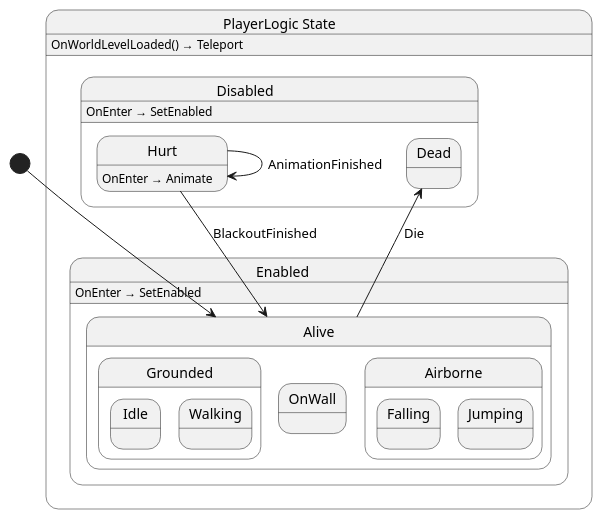
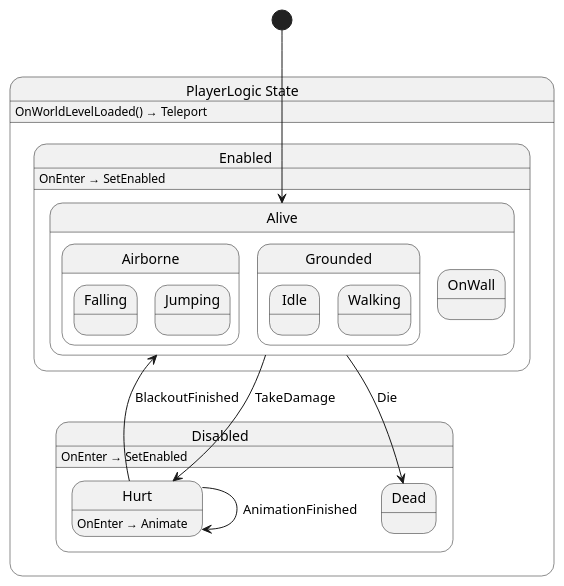
The diagram in Yolk.Logic/Player/PlayerLogic.g.puml (nilsiker/yolk), drawn with PlantUML before and after one commit. The commit also changed 11 other files, not shown here.

Commit message:
wip: pre-player logic refactor

```diff
--- a/Yolk.Logic/Player/PlayerLogic.g.puml
+++ b/Yolk.Logic/Player/PlayerLogic.g.puml
@@ -1,32 +1,33 @@
 @startuml PlayerLogic
 state "PlayerLogic State" as Yolk_Logic_Player_PlayerLogic_State {
   state "Disabled" as Yolk_Logic_Player_PlayerLogic_State_Disabled {
     state "Dead" as Yolk_Logic_Player_PlayerLogic_State_Disabled_Dead
     state "Hurt" as Yolk_Logic_Player_PlayerLogic_State_Disabled_Hurt
   }
   state "Enabled" as Yolk_Logic_Player_PlayerLogic_State_Enabled {
     state "Alive" as Yolk_Logic_Player_PlayerLogic_State_Enabled_Alive {
+      state "Airborne" as Yolk_Logic_Player_PlayerLogic_State_Enabled_Alive_Airborne {
+        state "Falling" as Yolk_Logic_Player_PlayerLogic_State_Enabled_Alive_Airborne_Falling
+        state "Jumping" as Yolk_Logic_Player_PlayerLogic_State_Enabled_Alive_Airborne_Jumping
+      }
       state "Grounded" as Yolk_Logic_Player_PlayerLogic_State_Enabled_Alive_Grounded {
         state "Idle" as Yolk_Logic_Player_PlayerLogic_State_Enabled_Alive_Grounded_Idle
         state "Walking" as Yolk_Logic_Player_PlayerLogic_State_Enabled_Alive_Grounded_Walking
       }
       state "OnWall" as Yolk_Logic_Player_PlayerLogic_State_Enabled_Alive_OnWall
-      state "Airborne" as Yolk_Logic_Player_PlayerLogic_State_Enabled_Alive_Airborne {
-        state "Falling" as Yolk_Logic_Player_PlayerLogic_State_Enabled_Alive_Airborne_Falling
-        state "Jumping" as Yolk_Logic_Player_PlayerLogic_State_Enabled_Alive_Airborne_Jumping
-      }
     }
   }
 }
 
 Yolk_Logic_Player_PlayerLogic_State_Disabled_Hurt --> Yolk_Logic_Player_PlayerLogic_State_Disabled_Hurt : AnimationFinished
 Yolk_Logic_Player_PlayerLogic_State_Disabled_Hurt --> Yolk_Logic_Player_PlayerLogic_State_Enabled_Alive : BlackoutFinished
 Yolk_Logic_Player_PlayerLogic_State_Enabled_Alive --> Yolk_Logic_Player_PlayerLogic_State_Disabled_Dead : Die
+Yolk_Logic_Player_PlayerLogic_State_Enabled_Alive --> Yolk_Logic_Player_PlayerLogic_State_Disabled_Hurt : TakeDamage
 
 Yolk_Logic_Player_PlayerLogic_State : OnWorldLevelLoaded() → Teleport
 Yolk_Logic_Player_PlayerLogic_State_Disabled : OnEnter → SetEnabled
 Yolk_Logic_Player_PlayerLogic_State_Disabled_Hurt : OnEnter → Animate
 Yolk_Logic_Player_PlayerLogic_State_Enabled : OnEnter → SetEnabled
 
 [*] --> Yolk_Logic_Player_PlayerLogic_State_Enabled_Alive
 @enduml
```
